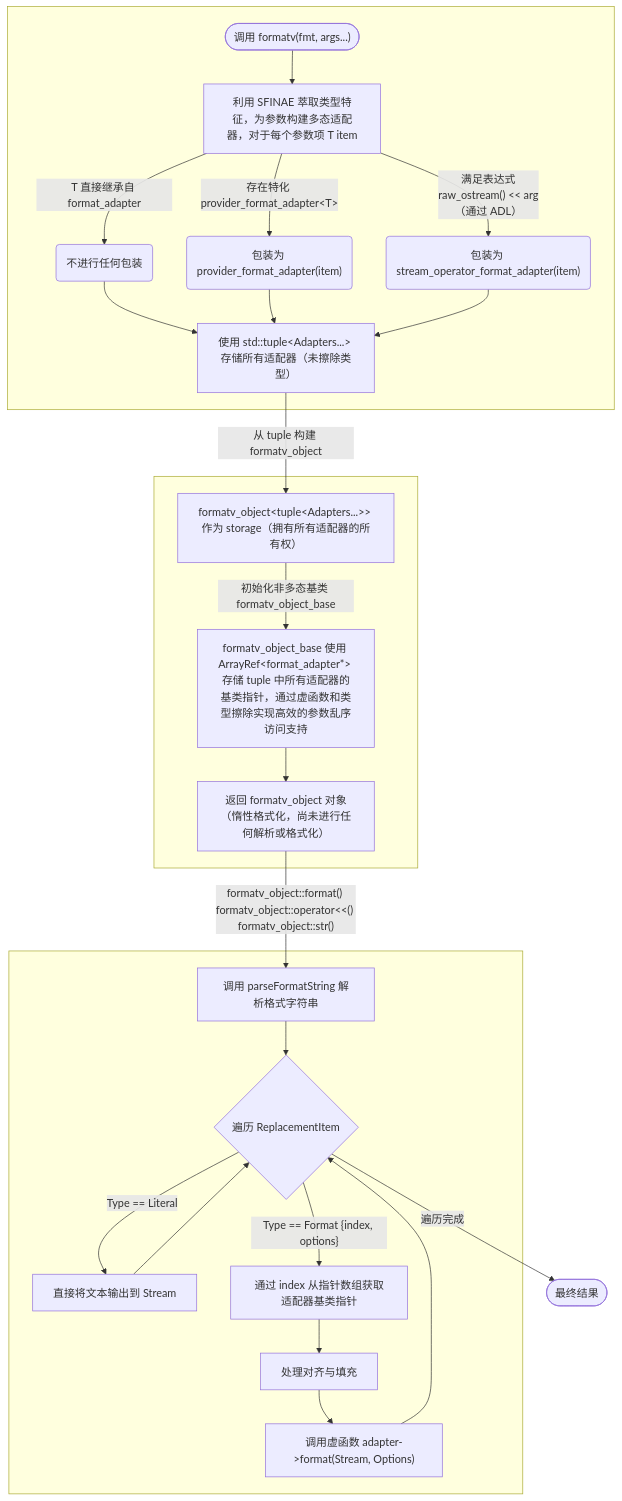
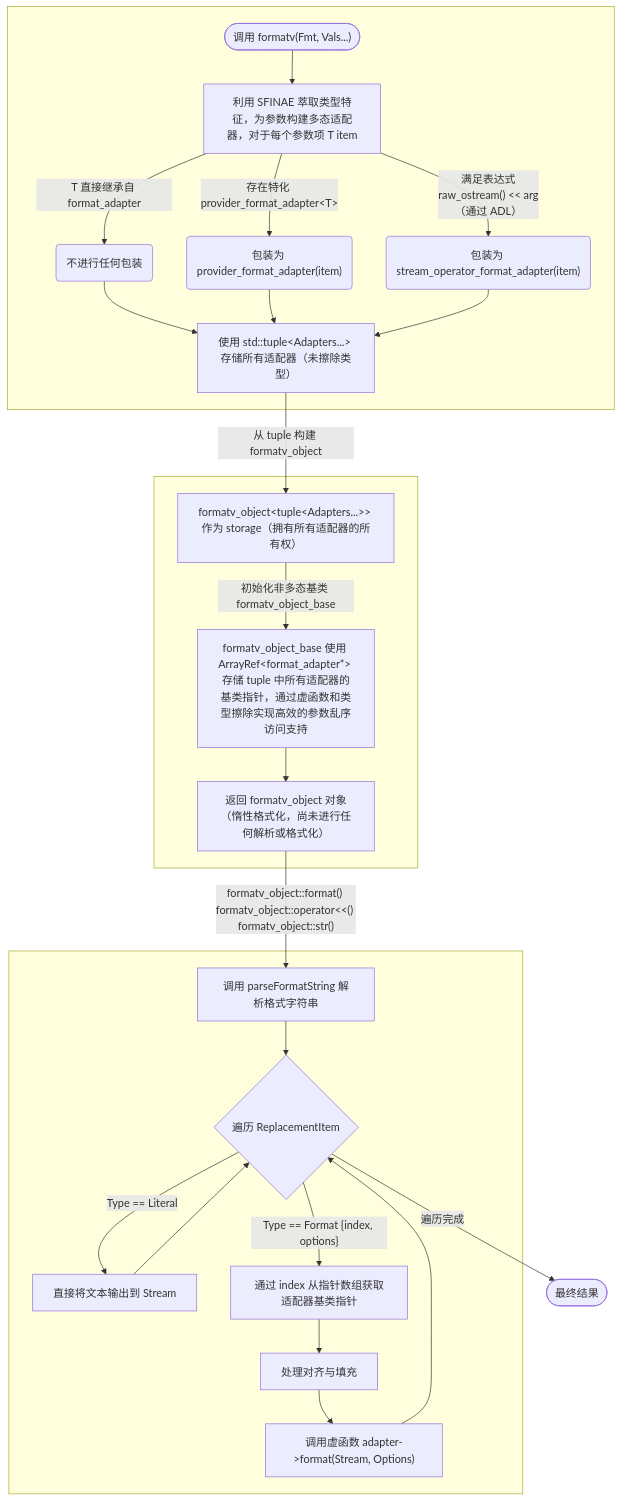
The diagram in _posts/2025-06-19-llvm_formatv.md (noelemahcz/noelemahcz.github.io), drawn with Mermaid before and after one commit. The commit also changed other lines of this file, not shown here.

Commit message:
feat(blog): [WIP] add implementation details for llvm::formatv

````diff
--- a/_posts/2025-06-19-llvm_formatv.md
+++ b/_posts/2025-06-19-llvm_formatv.md
@@ -160,55 +268,55 @@
 ```mermaid
 flowchart TD
-  Start(["调用 formatv(fmt, args...)"])
+  Start(["调用 formatv(Fmt, Vals...)"])
 
   subgraph SFINAE [" "]
     Start --> BuildAdapter
     BuildAdapter["利用 SFINAE 萃取类型特征，为参数构建多态适配器，对于每个参数项 T item"]
 
     BuildAdapter -- "T 直接继承自 format_adapter" --> UseMember
     UseMember("不进行任何包装")
     UseMember --> BuildTuple
 
     BuildAdapter -- "存在特化 provider_format_adapter&lt;T&gt;" --> UseProvider
     UseProvider("包装为 provider_format_adapter(item)")
     UseProvider --> BuildTuple
 
     BuildAdapter -- "满足表达式<br/>raw_ostream() << arg<br/>（通过 ADL）" --> UseStream
     UseStream("包装为 stream_operator_format_adapter(item)")
     UseStream --> BuildTuple
 
     BuildTuple["使用 std::tuple&lt;Adapters...&gt; 存储所有适配器（未擦除类型）"]
   end
 
   subgraph FormatvObject [" "]
     BuildTuple -- "从 tuple 构建 formatv_object" --> Object
     Object["formatv_object&lt;tuple&lt;Adapters...&gt;&gt; 作为 storage（拥有所有适配器的所有权）"]
 
     Object -- "初始化非多态基类 formatv_object_base" --> BaseObject
     BaseObject["formatv_object_base 使用 ArrayRef&lt;format_adapter*&gt; 存储 tuple 中所有适配器的基类指针，通过虚函数和类型擦除实现高效的参数乱序访问支持"]
 
     BaseObject --> ReturnObject
     ReturnObject["返回 formatv_object 对象（惰性格式化，尚未进行任何解析或格式化）"]
   end
 
   subgraph Formatting [" "]
     ReturnObject -- "formatv_object::format() formatv_object::operator<<() formatv_object::str()" --> ParseFmt
     ParseFmt["调用 parseFormatString 解析格式字符串"]
 
     ParseFmt --> Iterate
     Iterate{"遍历 ReplacementItem"}
 
     Iterate -- "Type == Literal" --> PrintLit
     PrintLit["直接将文本输出到 Stream"]
     PrintLit --> Iterate
 
     Iterate -- "Type == Format {index, options}" --> GetAdapter
     GetAdapter["通过 index 从指针数组获取适配器基类指针"]
     CallVirtual["调用虚函数 adapter->format(Stream, Options)"]
     AlignPad["处理对齐与填充"]
     GetAdapter --> AlignPad --> CallVirtual --> Iterate
   end
 
   Iterate -- "遍历完成" --> End
   End([最终结果])
 ```
````
